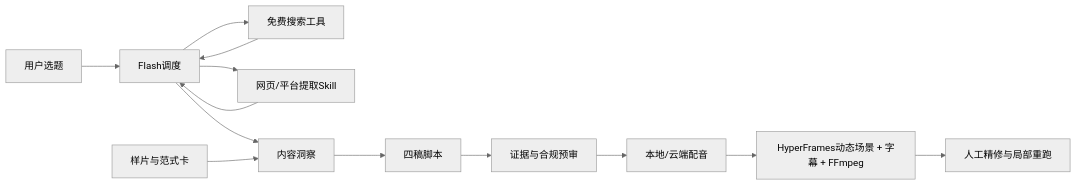
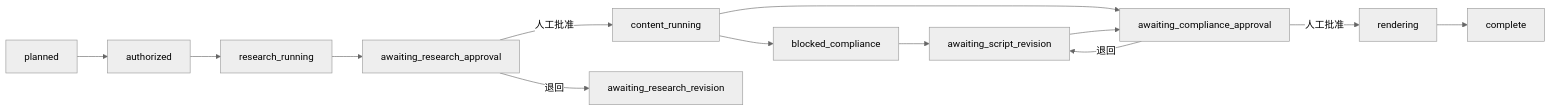
Before and after one commit to zhichenghe34-design/clean-air-ai-content-factory: the diagram in README.md, drawn with Mermaid (neutral theme). The commit also changed other lines of this file and 27 other files, not shown here.

````diff
--- a/README.md
+++ b/README.md
@@ -61,15 +47,15 @@
 ```mermaid
 flowchart LR
-    A["用户选题"] --> F0["Flash调度"]
-    F0 --> T1["免费搜索工具"]
-    F0 --> T2["网页/平台提取Skill"]
-    T1 --> F0
-    T2 --> F0
-    F0 --> B["内容洞察"]
-    P["样片与范式卡"] --> B
-    B --> C["四稿脚本"]
-    C --> D["证据与合规预审"]
-    D --> E["本地/云端配音"]
-    E --> F["HyperFrames动态场景 + 字幕 + FFmpeg"]
-    F --> G["人工精修与局部重跑"]
+    P["planned"] --> A["authorized"]
+    A --> R["research_running"]
+    R --> HR["awaiting_research_approval"]
+    HR -->|人工批准| C["content_running"]
+    HR -->|退回| RR["awaiting_research_revision"]
+    C --> B["blocked_compliance"]
+    C --> HC["awaiting_compliance_approval"]
+    B --> SR["awaiting_script_revision"]
+    HC -->|人工批准| V["rendering"]
+    HC -->|退回| SR
+    SR --> HC
+    V --> D["complete"]
 ```
````
